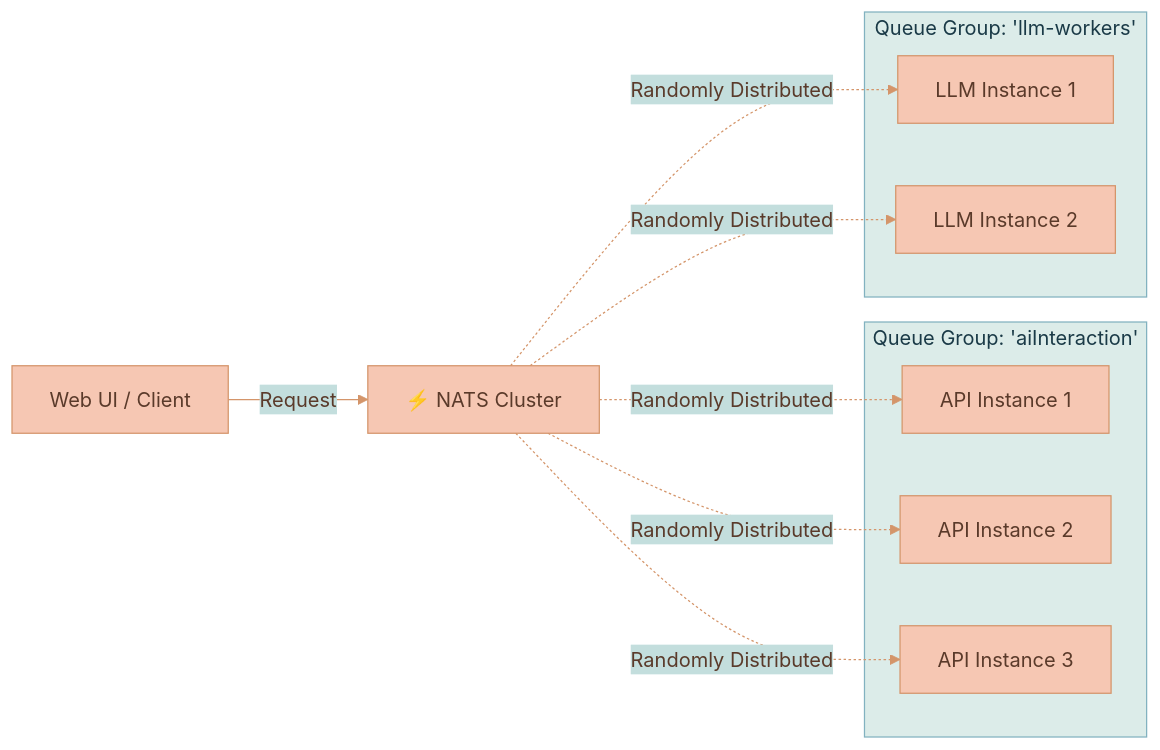
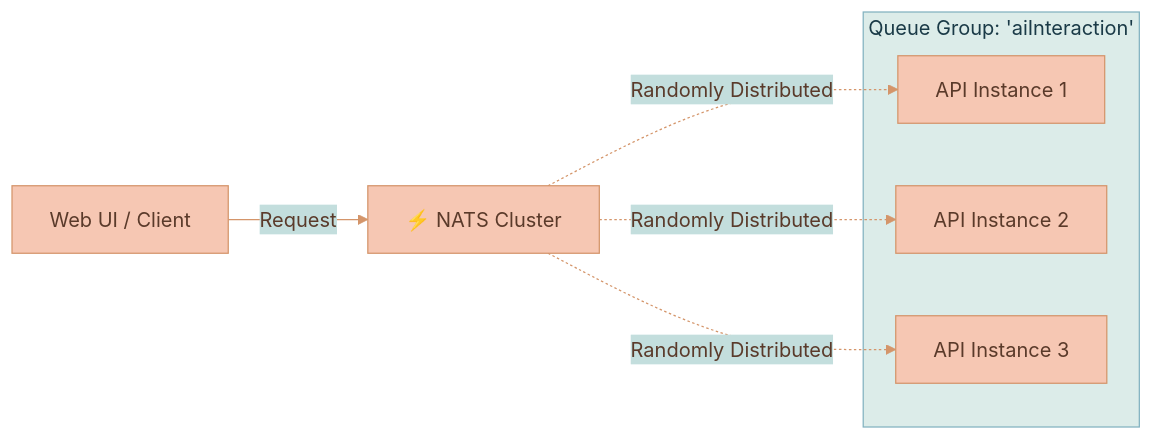
Before and after one commit to Lixpi/lixpi: the third of 5 diagrams in documentation/ARCHITECTURE.md, drawn with Mermaid. The commit also changed other lines of this file and 59 other files, not shown here.

````diff
--- a/documentation/ARCHITECTURE.md
+++ b/documentation/ARCHITECTURE.md
@@ -146,23 +141,15 @@
 ```mermaid
 %%{init: {'theme': 'base', 'themeVariables': { 'primaryColor': '#F6C7B3', 'primaryTextColor': '#5a3a2a', 'primaryBorderColor': '#d4956a', 'secondaryColor': '#C3DEDD', 'secondaryTextColor': '#1a3a47', 'secondaryBorderColor': '#4a8a9d', 'tertiaryColor': '#DCECE9', 'tertiaryTextColor': '#1a3a47', 'tertiaryBorderColor': '#82B2C0', 'lineColor': '#d4956a', 'textColor': '#5a3a2a'}}}%%
 flowchart LR
     Client["Web UI / Client"] -->|Request| NATS["⚡ NATS Cluster"]
 
     subgraph API_Group["Queue Group: 'aiInteraction'"]
         API1["API Instance 1"]
         API2["API Instance 2"]
         API3["API Instance 3"]
     end
 
-    subgraph LLM_Group["Queue Group: 'llm-workers'"]
-        LLM1["LLM Instance 1"]
-        LLM2["LLM Instance 2"]
-    end
-
     NATS -.->|Randomly Distributed| API1
     NATS -.->|Randomly Distributed| API2
     NATS -.->|Randomly Distributed| API3
-
-    NATS -.->|Randomly Distributed| LLM1
-    NATS -.->|Randomly Distributed| LLM2
 ```
````
